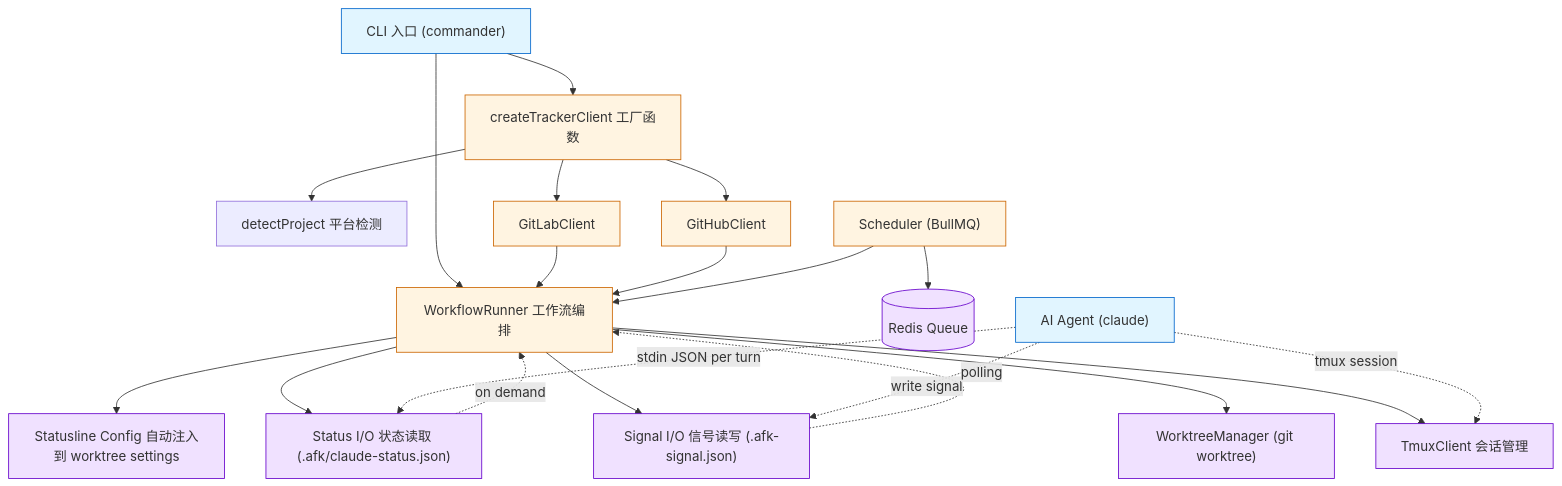
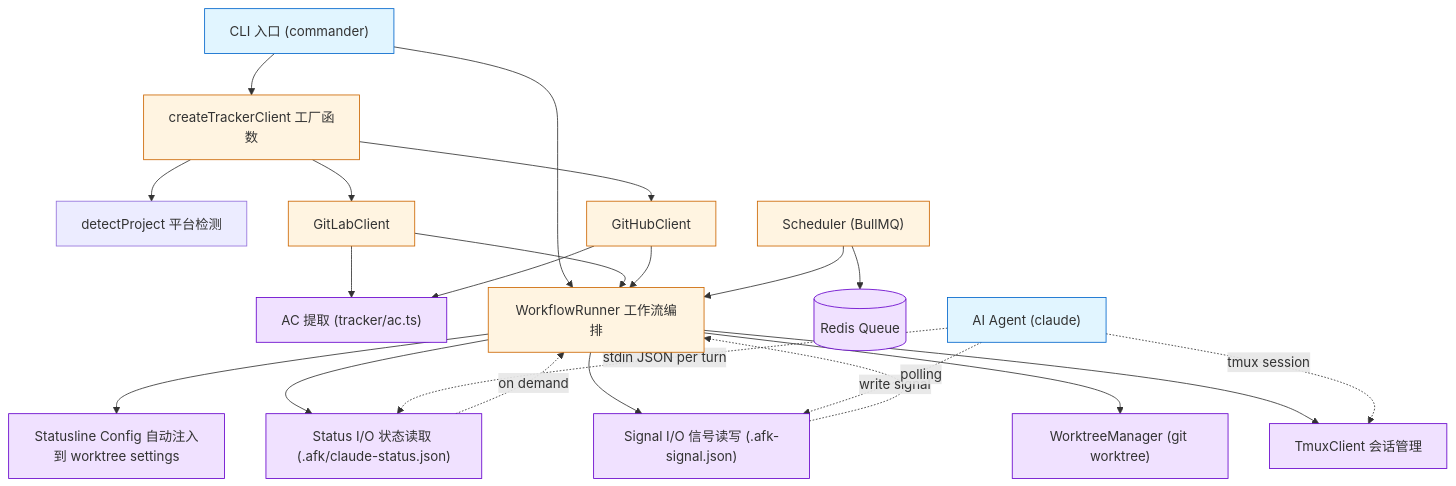
One commit to easyhaloo/afk changed the first of 11 diagrams in docs/ARCHITECTURE.md. Above: the diagram before and after it, drawn with Mermaid. The commit also changed other lines of this file, not shown here.

First line of the commit message:
docs: 同步 ARCHITECTURE.md 反映全部重构

````diff
--- a/docs/ARCHITECTURE.md
+++ b/docs/ARCHITECTURE.md
@@ -22,49 +22,52 @@
 ```mermaid
 graph TD
     CLI["CLI 入口 (commander)"]
     Factory["createTrackerClient 工厂函数"]
     Detect["detectProject 平台检测"]
     GL["GitLabClient"]
     GH["GitHubClient"]
+    AC["AC 提取 (tracker/ac.ts)"]
     Runner["WorkflowRunner 工作流编排"]
     WT["WorktreeManager (git worktree)"]
     TMUX["TmuxClient 会话管理"]
     SIG["Signal I/O 信号读写 (.afk-signal.json)"]
     STATUS["Status I/O 状态读取 (.afk/claude-status.json)"]
     SCONF["Statusline Config 自动注入到 worktree settings"]
     Sched["Scheduler (BullMQ)"]
     Queue[("Redis Queue")]
     Agent["AI Agent (claude)"]
 
     CLI --> Factory
     Factory --> Detect
     Factory --> GL
     Factory --> GH
 
     CLI --> Runner
     GL --> Runner
     GH --> Runner
+    GL --> AC
+    GH --> AC
 
     Runner --> WT
     Runner --> TMUX
     Runner --> SIG
     Runner --> STATUS
     Runner --> SCONF
 
     Sched --> Runner
     Sched --> Queue
 
     Agent -. tmux session .-> TMUX
     Agent -. write signal .-> SIG
     Agent -. stdin JSON per turn .-> STATUS
     SIG -. polling .-> Runner
     STATUS -. on demand .-> Runner
 
     classDef ext fill:#e1f5ff,stroke:#0066cc
     classDef core fill:#fff4e1,stroke:#cc6600
     classDef io fill:#f0e1ff,stroke:#6600cc
 
     class CLI,Agent ext
     class Runner,Factory,GL,GH,Sched core
-    class WT,TMUX,SIG,STATUS,SCONF,Queue io
+    class WT,TMUX,SIG,STATUS,SCONF,Queue,AC io
 ```
````
